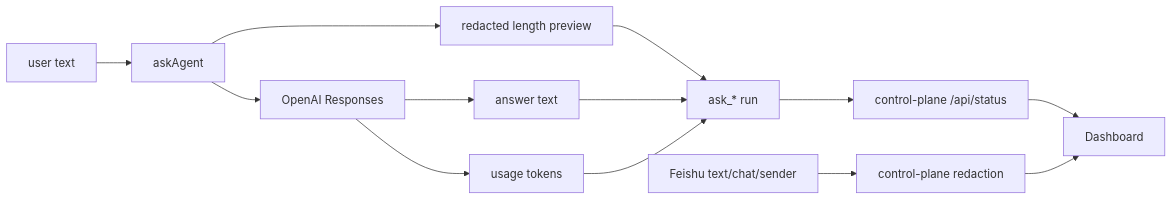
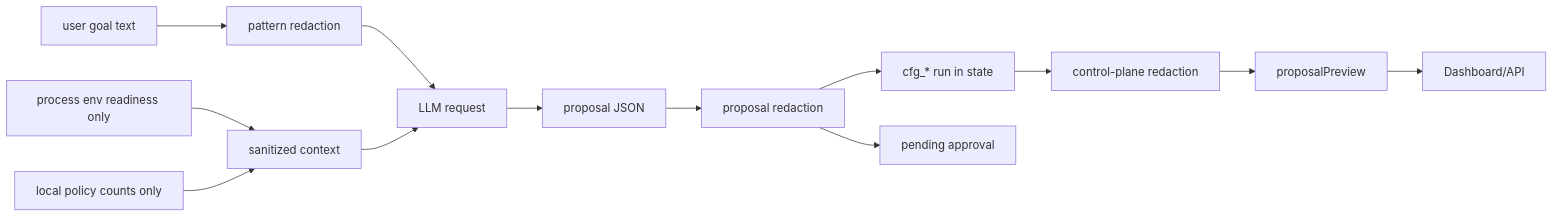
Before and after one commit to mayf3/myclaw: the eighth of 9 diagrams in docs/implementation-architecture.md, drawn with Mermaid. The commit also changed other lines of this file and 36 other files, not shown here.

Commit message:
feat: add agent config proposal smoke

````diff
--- a/docs/implementation-architecture.md
+++ b/docs/implementation-architecture.md
@@ -221,15 +240,15 @@
 ```mermaid
 flowchart LR
-  Input["user text"] --> Agent["askAgent"]
-  Agent --> Preview["redacted length preview"]
-  Agent --> Provider["OpenAI Responses"]
-  Provider --> Answer["answer text"]
-  Provider --> Usage["usage tokens"]
-  Preview --> Run["ask_* run"]
-  Answer --> Run
-  Usage --> Run
-  Run --> Status["control-plane /api/status"]
-  Status --> Dashboard["Dashboard"]
-  FeishuRaw["Feishu text/chat/sender"] --> Redaction["control-plane redaction"]
-  Redaction --> Dashboard
+  Env["process env readiness only"] --> Context["sanitized context"]
+  Policy["local policy counts only"] --> Context
+  UserGoal["user goal text"] --> PromptRedact["pattern redaction"]
+  PromptRedact --> LLMRequest["LLM request"]
+  Context --> LLMRequest
+  LLMRequest --> Proposal["proposal JSON"]
+  Proposal --> ProposalRedact["proposal redaction"]
+  ProposalRedact --> Run["cfg_* run in state"]
+  ProposalRedact --> Approval["pending approval"]
+  Run --> Control["control-plane redaction"]
+  Control --> Preview["proposalPreview"]
+  Preview --> Dashboard["Dashboard/API"]
 ```
````
